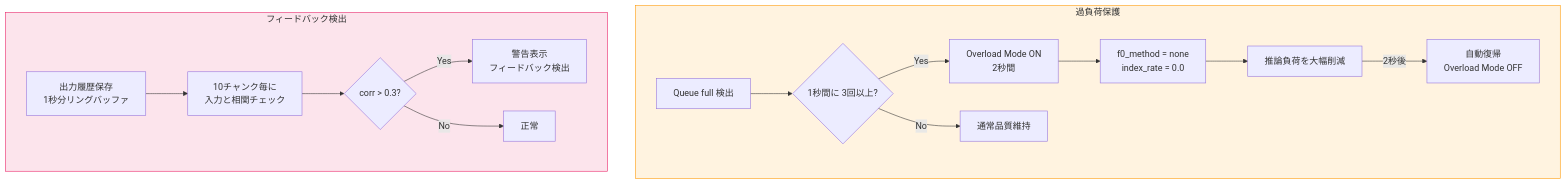
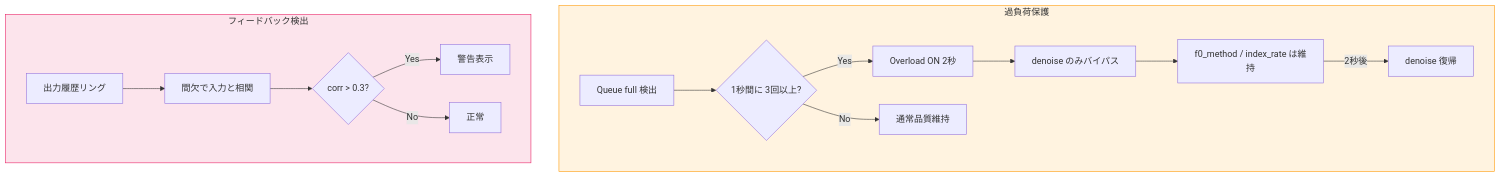
Before and after one commit to kjranyone/RCWX: diagram 15 of 16 in docs/pipeline-comparison-wokada.md, drawn with Mermaid. The commit also changed other lines of this file and 14 other files, not shown here.

````diff
--- a/docs/pipeline-comparison-wokada.md
+++ b/docs/pipeline-comparison-wokada.md
@@ -579,21 +594,21 @@
 ```mermaid
 flowchart TB
     subgraph overload[過負荷保護]
         O1[Queue full 検出] --> O2{1秒間に 3回以上?}
-        O2 -->|Yes| O3[Overload Mode ON<br/>2秒間]
-        O3 --> O4[f0_method = none<br/>index_rate = 0.0]
-        O4 --> O5[推論負荷を大幅削減]
+        O2 -->|Yes| O3[Overload ON 2秒]
+        O3 --> O4[denoise のみバイパス]
+        O4 --> O5[f0_method / index_rate は維持]
         O2 -->|No| O6[通常品質維持]
-        O5 -->|2秒後| O7[自動復帰<br/>Overload Mode OFF]
+        O5 -->|2秒後| O7[denoise 復帰]
     end
 
     subgraph feedback[フィードバック検出]
-        F1[出力履歴保存<br/>1秒分リングバッファ] --> F2[10チャンク毎に<br/>入力と相関チェック]
+        F1[出力履歴リング] --> F2[間欠で入力と相関]
         F2 --> F3{corr > 0.3?}
-        F3 -->|Yes| F4[警告表示<br/>フィードバック検出]
+        F3 -->|Yes| F4[警告表示]
         F3 -->|No| F5[正常]
     end
 
     style overload fill:#fff3e0,stroke:#FF9800
     style feedback fill:#fce4ec,stroke:#E91E63
 ```
````
